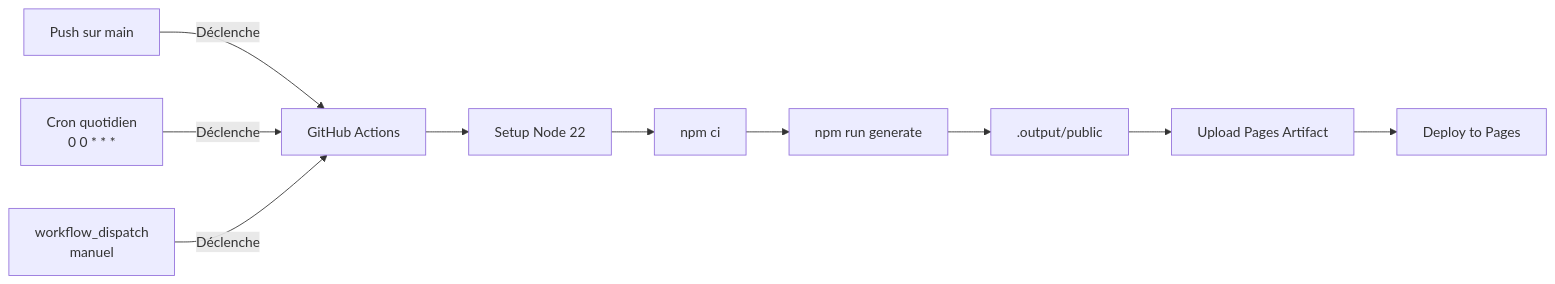
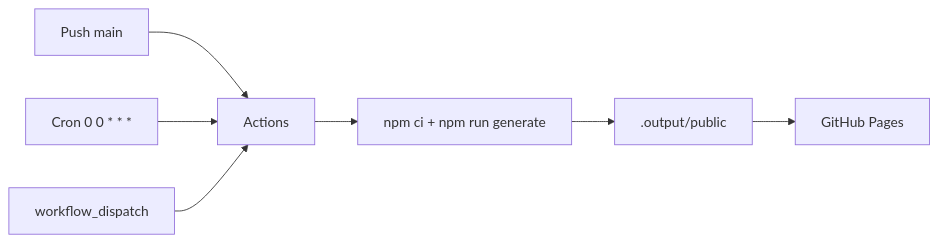
The diagram in docs/deployment.md (YaogoGerard/Make), drawn with Mermaid before and after one commit. The commit also changed other lines of this file and 5 other files, not shown here.

````diff
--- a/docs/deployment.md
+++ b/docs/deployment.md
@@ -9,13 +5,9 @@
 ```mermaid
 flowchart LR
-  A[Push sur main] -->|Déclenche| B[GitHub Actions]
-  C[Cron quotidien<br/>0 0 * * *] -->|Déclenche| B
-  D[workflow_dispatch<br/>manuel] -->|Déclenche| B
-
-  B --> E[Setup Node 22]
-  E --> F[npm ci]
-  F --> G[npm run generate]
-  G --> H[.output/public]
-  H --> I[Upload Pages Artifact]
-  I --> J[Deploy to Pages]
+  Push[Push main] --> Actions
+  Cron[Cron 0 0 * * *] --> Actions
+  Manual[workflow_dispatch] --> Actions
+  Actions --> Build[npm ci + npm run generate]
+  Build --> Artifact[.output/public]
+  Artifact --> Pages[GitHub Pages]
 ```
````
